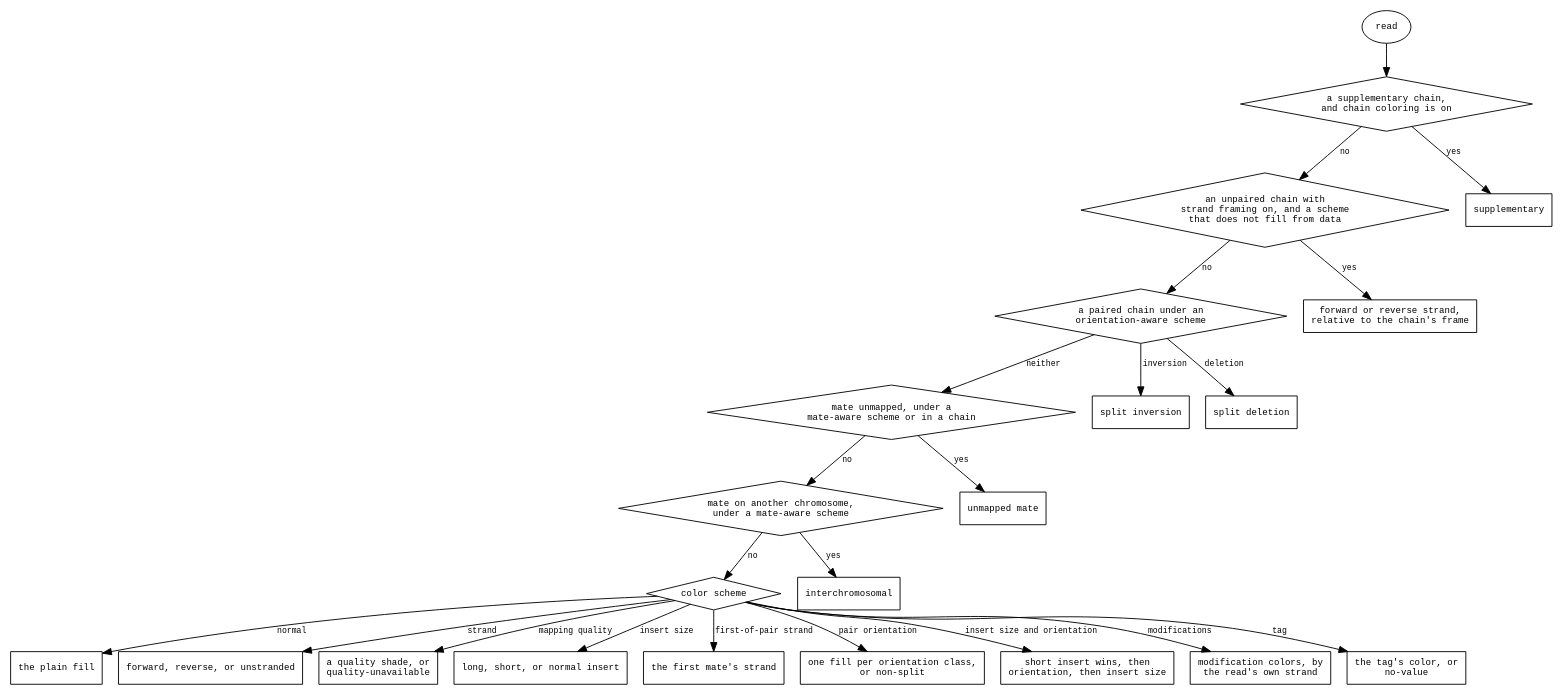
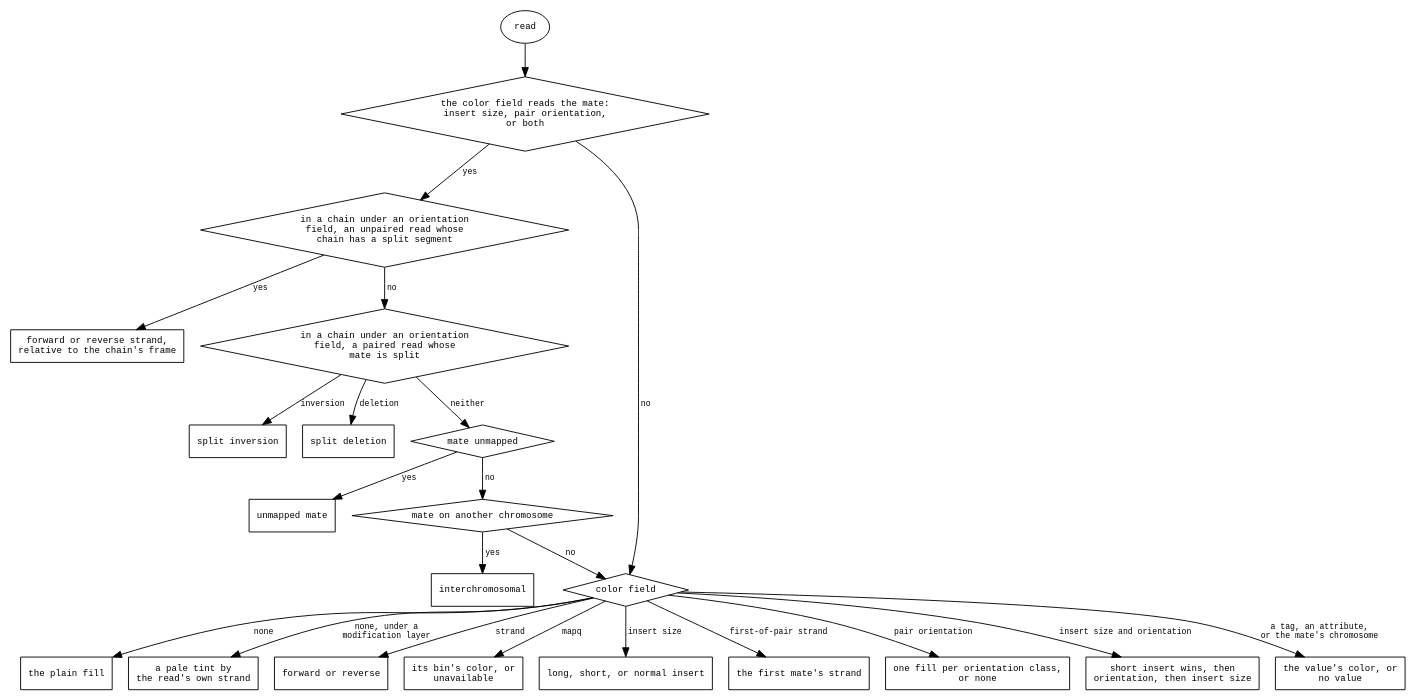
The diagram in agent-docs/reference/diagrams/alignments-read-color.dot (GMOD/jbrowse-components), drawn with Graphviz before and after one commit. The commit also changed 8 other files, not shown here.

```diff
--- a/agent-docs/reference/diagrams/alignments-read-color.dot
+++ b/agent-docs/reference/diagrams/alignments-read-color.dot
@@ -1,56 +1,55 @@
 digraph read_color {
   rankdir=TB
   node [shape=box fontname=monospace fontsize=10]
   edge [fontname=monospace fontsize=9]
-  { node [shape=diamond] supp; frame; split; unmapped; interchrom; scheme }
+  { node [shape=diamond] mate; frame; split; unmapped; interchrom; field }
 
   start [label="read", shape=oval]
-  start -> supp
+  start -> mate
 
-  supp [label="a supplementary chain,\nand chain coloring is on"]
-  supp -> suppcol [label=" yes"]
-  supp -> frame   [label=" no"]
-  suppcol [label="supplementary"]
+  mate [label="the color field reads the mate:\ninsert size, pair orientation,\nor both"]
+  mate -> frame [label=" yes"]
+  mate -> field [label=" no"]
 
-  frame [label="an unpaired chain with\nstrand framing on, and a scheme\nthat does not fill from data"]
+  frame [label="in a chain under an orientation\nfield, an unpaired read whose\nchain has a split segment"]
   frame -> framecol [label=" yes"]
   frame -> split    [label=" no"]
   framecol [label="forward or reverse strand,\nrelative to the chain's frame"]
 
-  split [label="a paired chain under an\norientation-aware scheme"]
+  split [label="in a chain under an orientation\nfield, a paired read whose\nmate is split"]
   split -> inv [label=" inversion"]
   split -> del [label=" deletion"]
   split -> unmapped [label=" neither"]
   inv [label="split inversion"]
   del [label="split deletion"]
 
-  unmapped [label="mate unmapped, under a\nmate-aware scheme or in a chain"]
+  unmapped [label="mate unmapped"]
   unmapped -> unmappedcol [label=" yes"]
   unmapped -> interchrom   [label=" no"]
   unmappedcol [label="unmapped mate"]
 
-  interchrom [label="mate on another chromosome,\nunder a mate-aware scheme"]
+  interchrom [label="mate on another chromosome"]
   interchrom -> interchromcol [label=" yes"]
-  interchrom -> scheme        [label=" no"]
+  interchrom -> field         [label=" no"]
   interchromcol [label="interchromosomal"]
 
-  scheme [label="color scheme"]
-  scheme -> plain    [label=" normal"]
-  scheme -> strand   [label=" strand"]
-  scheme -> mapq     [label=" mapping quality"]
-  scheme -> insert   [label=" insert size"]
-  scheme -> firstpair[label=" first-of-pair strand"]
-  scheme -> orient   [label=" pair orientation"]
-  scheme -> both     [label=" insert size and orientation"]
-  scheme -> mods     [label=" modifications"]
-  scheme -> tag      [label=" tag"]
+  field [label="color field"]
+  field -> plain     [label=" none"]
+  field -> modbody   [label=" none, under a\n modification layer"]
+  field -> strand    [label=" strand"]
+  field -> mapq      [label=" mapq"]
+  field -> insert    [label=" insert size"]
+  field -> firstpair [label=" first-of-pair strand"]
+  field -> orient    [label=" pair orientation"]
+  field -> both      [label=" insert size and orientation"]
+  field -> value     [label=" a tag, an attribute,\n or the mate's chromosome"]
   plain     [label="the plain fill"]
-  strand    [label="forward, reverse, or unstranded"]
-  mapq      [label="a quality shade, or\nquality-unavailable"]
+  modbody   [label="a pale tint by\nthe read's own strand"]
+  strand    [label="forward or reverse"]
+  mapq      [label="its bin's color, or\nunavailable"]
   insert    [label="long, short, or normal insert"]
   firstpair [label="the first mate's strand"]
-  orient    [label="one fill per orientation class,\nor non-split"]
+  orient    [label="one fill per orientation class,\nor none"]
   both      [label="short insert wins, then\norientation, then insert size"]
-  mods      [label="modification colors, by\nthe read's own strand"]
-  tag       [label="the tag's color, or\nno-value"]
+  value     [label="the value's color, or\nno value"]
 }
```
